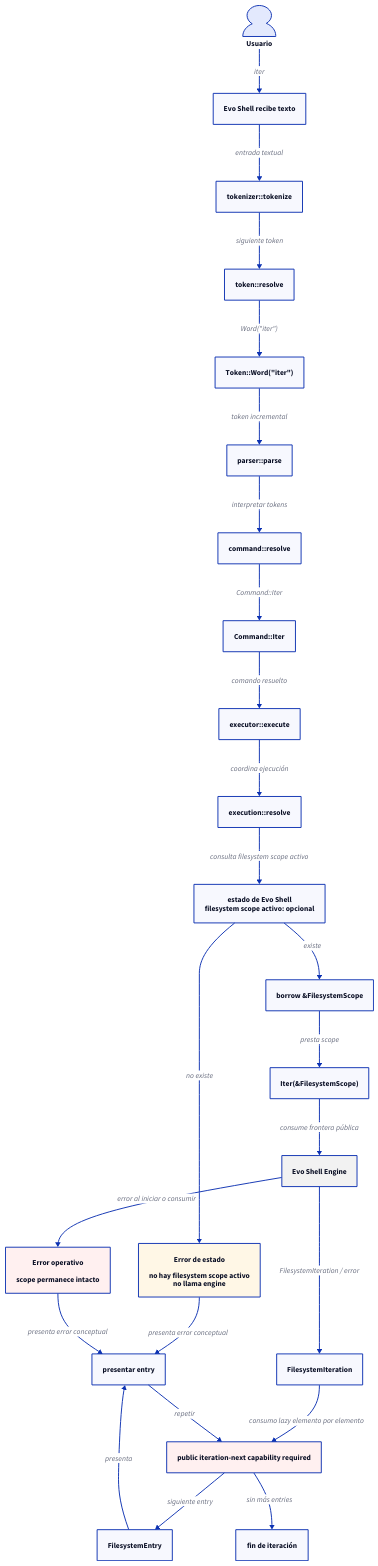
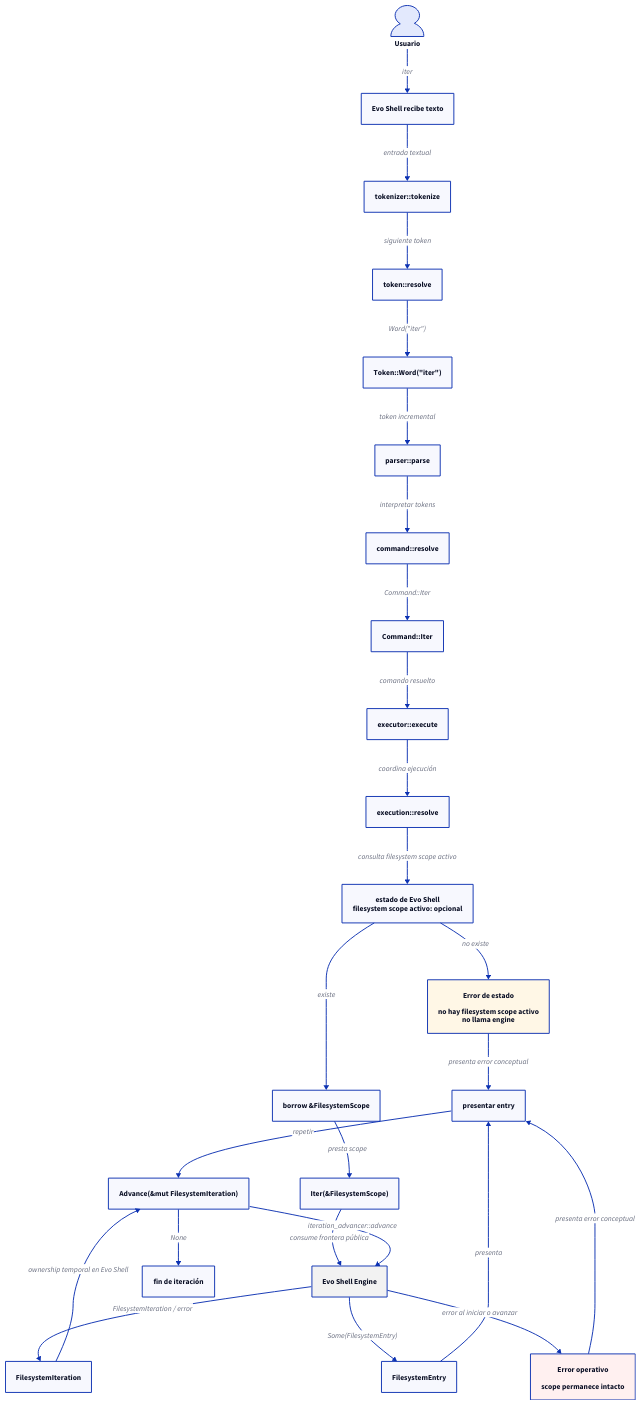
The diagram in evo-shell/technical_documentation/use_cases/UC-002-iterate-filesystem-scope-command/sequence.d2 (niqel/evolution), drawn with D2 before and after one commit. The commit also changed 3 other files, not shown here.

```diff
--- a/evo-shell/technical_documentation/use_cases/UC-002-iterate-filesystem-scope-command/sequence.d2
+++ b/evo-shell/technical_documentation/use_cases/UC-002-iterate-filesystem-scope-command/sequence.d2
@@ -1,115 +1,115 @@
 direction: down
 
 usuario: "Usuario" {
   shape: person
 }
 
 evo_shell: "Evo Shell recibe texto" {
   shape: rectangle
 }
 
 tokenizer: "tokenizer::tokenize" {
   shape: rectangle
 }
 
 token_resolver: "token::resolve" {
   shape: rectangle
 }
 
 word_token: "Token::Word(\"iter\")" {
   shape: rectangle
 }
 
 parser: "parser::parse" {
   shape: rectangle
 }
 
 command_resolver: "command::resolve" {
   shape: rectangle
 }
 
 command: "Command::Iter" {
   shape: rectangle
 }
 
 executor: "executor::execute" {
   shape: rectangle
 }
 
 execution_resolver: "execution::resolve" {
   shape: rectangle
 }
 
 shell_state: "estado de Evo Shell\nfilesystem scope activo: opcional" {
   shape: rectangle
 }
 
 no_scope: "Error de estado\n\nno hay filesystem scope activo\nno llama engine" {
   shape: rectangle
   style.fill: "#fff7e6"
 }
 
 borrow_scope: "borrow &FilesystemScope" {
   shape: rectangle
 }
 
 iter_use_case: "Iter(&FilesystemScope)" {
   shape: rectangle
 }
 
 engine: "Evo Shell Engine" {
   shape: rectangle
   style.fill: "#f2f2f2"
 }
 
 iteration: "FilesystemIteration" {
   shape: rectangle
 }
 
-next_required: "public iteration-next capability required" {
+advance: "Advance(&mut FilesystemIteration)" {
   shape: rectangle
-  style.fill: "#fff0f0"
 }
 
 entry: "FilesystemEntry" {
   shape: rectangle
 }
 
 presentation: "presentar entry" {
   shape: rectangle
 }
 
 end: "fin de iteración" {
   shape: rectangle
 }
 
 operational_error: "Error operativo\n\nscope permanece intacto" {
   shape: rectangle
   style.fill: "#fff0f0"
 }
 
 usuario -> evo_shell: "iter"
 evo_shell -> tokenizer: "entrada textual"
 tokenizer -> token_resolver: "siguiente token"
 token_resolver -> word_token: "Word(\"iter\")"
 word_token -> parser: "token incremental"
 parser -> command_resolver: "interpretar tokens"
 command_resolver -> command: "Command::Iter"
 command -> executor: "comando resuelto"
 executor -> execution_resolver: "coordina ejecución"
 execution_resolver -> shell_state: "consulta filesystem scope activo"
 
 shell_state -> no_scope: "no existe"
 no_scope -> presentation: "presenta error conceptual"
 
 shell_state -> borrow_scope: "existe"
 borrow_scope -> iter_use_case: "presta scope"
 iter_use_case -> engine: "consume frontera pública"
 engine -> iteration: "FilesystemIteration / error"
-iteration -> next_required: "consumo lazy elemento por elemento"
-next_required -> entry: "siguiente entry"
+iteration -> advance: "ownership temporal en Evo Shell"
+advance -> engine: "iteration_advancer::advance"
+engine -> entry: "Some(FilesystemEntry)"
 entry -> presentation: "presenta"
-presentation -> next_required: "repetir"
-next_required -> end: "sin más entries"
-engine -> operational_error: "error al iniciar o consumir"
+presentation -> advance: "repetir"
+advance -> end: "None"
+engine -> operational_error: "error al iniciar o avanzar"
 operational_error -> presentation: "presenta error conceptual"
```
